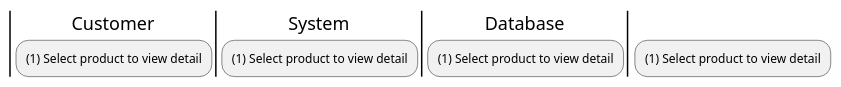
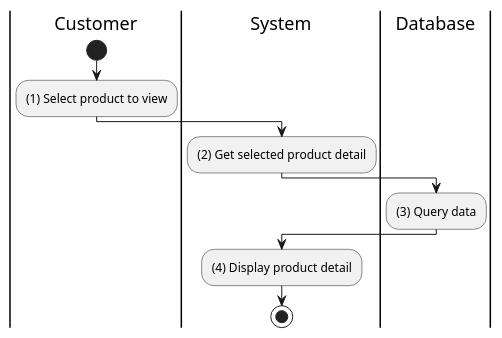
Before and after one commit to electricilies/electricilies.github.io: the diagram in docs/docs/activity/view-product/view-product-detail.md, drawn with PlantUML. The commit also changed 38 other files, not shown here.

````diff
--- a/docs/docs/activity/view-product/view-product-detail.md
+++ b/docs/docs/activity/view-product/view-product-detail.md
@@ -3,11 +3,19 @@
 ```plantuml
 @startuml
 |C|Customer
 |S|System
 |D|Database
 
 |C|
-:(1) Select product to view detail;
+start
+:(1) Select product to view;
+|S|
+:(2) Get selected product detail;
+|D|
+:(3) Query data;
+|S|
+:(4) Display product detail;
+stop
 
 @enduml
 ```
````
